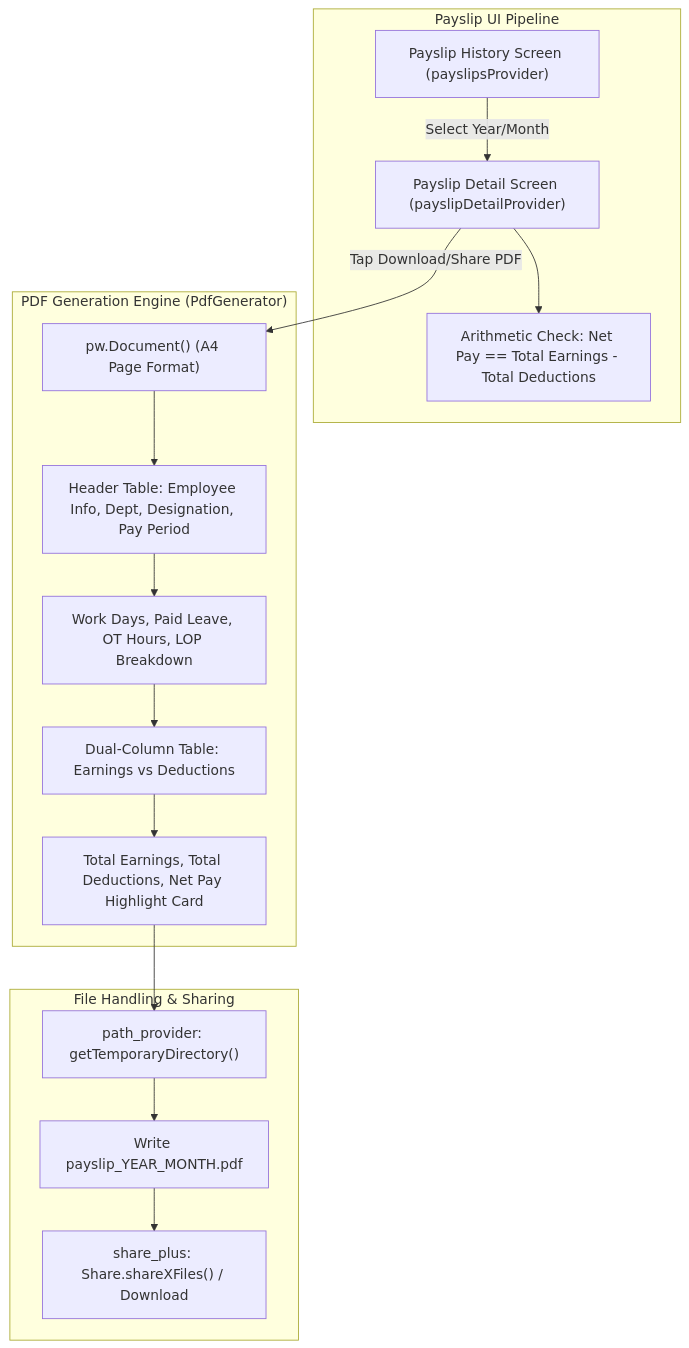
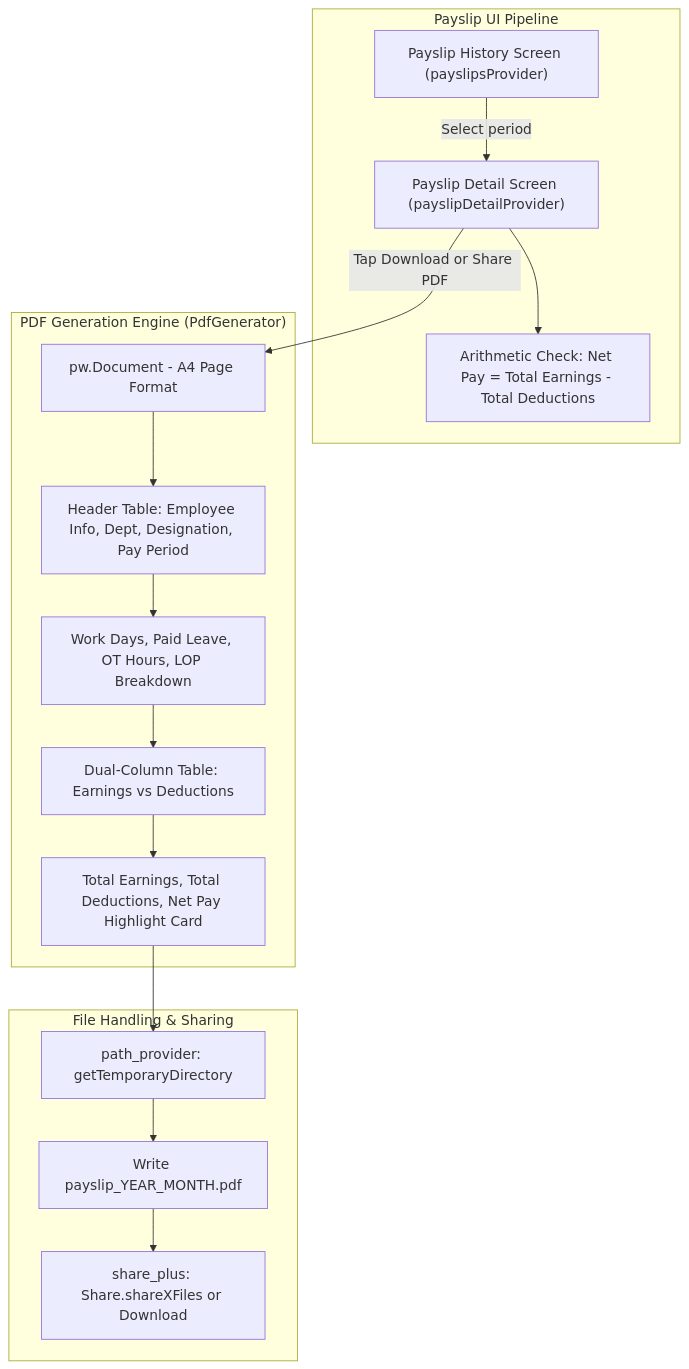
Diagram 11 of 15 in ARCHITECTURE.md (Aravindan-001/icore-ess), drawn with Mermaid before and after one commit. The commit also changed other lines of this file, not shown here.

Commit message:
docs: fix Mermaid architecture rendering

````diff
--- a/ARCHITECTURE.md
+++ b/ARCHITECTURE.md
@@ -597,35 +597,35 @@
 ```mermaid
 flowchart TD
     subgraph UI_View ["Payslip UI Pipeline"]
         LIST_SCR["Payslip History Screen (payslipsProvider)"]
         DET_SCR["Payslip Detail Screen (payslipDetailProvider)"]
-        VERIFY["Arithmetic Check: Net Pay == Total Earnings - Total Deductions"]
+        VERIFY["Arithmetic Check: Net Pay = Total Earnings - Total Deductions"]
     end
 
     subgraph PDF_Engine ["PDF Generation Engine (PdfGenerator)"]
-        BUILD_DOC["pw.Document() (A4 Page Format)"]
+        BUILD_DOC["pw.Document - A4 Page Format"]
         HEADER["Header Table: Employee Info, Dept, Designation, Pay Period"]
         WORK_BREAK["Work Days, Paid Leave, OT Hours, LOP Breakdown"]
         EARN_DED["Dual-Column Table: Earnings vs Deductions"]
         TOTALS["Total Earnings, Total Deductions, Net Pay Highlight Card"]
     end
 
     subgraph File_Sharing ["File Handling & Sharing"]
-        PATH_PROV["path_provider: getTemporaryDirectory()"]
+        PATH_PROV["path_provider: getTemporaryDirectory"]
         WRITE_FILE["Write payslip_YEAR_MONTH.pdf"]
-        SHARE_PLUS["share_plus: Share.shareXFiles() / Download"]
+        SHARE_PLUS["share_plus: Share.shareXFiles or Download"]
     end
 
-    LIST_SCR -->|Select Year/Month| DET_SCR
+    LIST_SCR -->|Select period| DET_SCR
     DET_SCR --> VERIFY
-    DET_SCR -->|Tap Download/Share PDF| BUILD_DOC
+    DET_SCR -->|Tap Download or Share PDF| BUILD_DOC
 
     BUILD_DOC --> HEADER
     HEADER --> WORK_BREAK
     WORK_BREAK --> EARN_DED
     EARN_DED --> TOTALS
 
     TOTALS --> PATH_PROV
     PATH_PROV --> WRITE_FILE
     WRITE_FILE --> SHARE_PLUS
 ```
````
